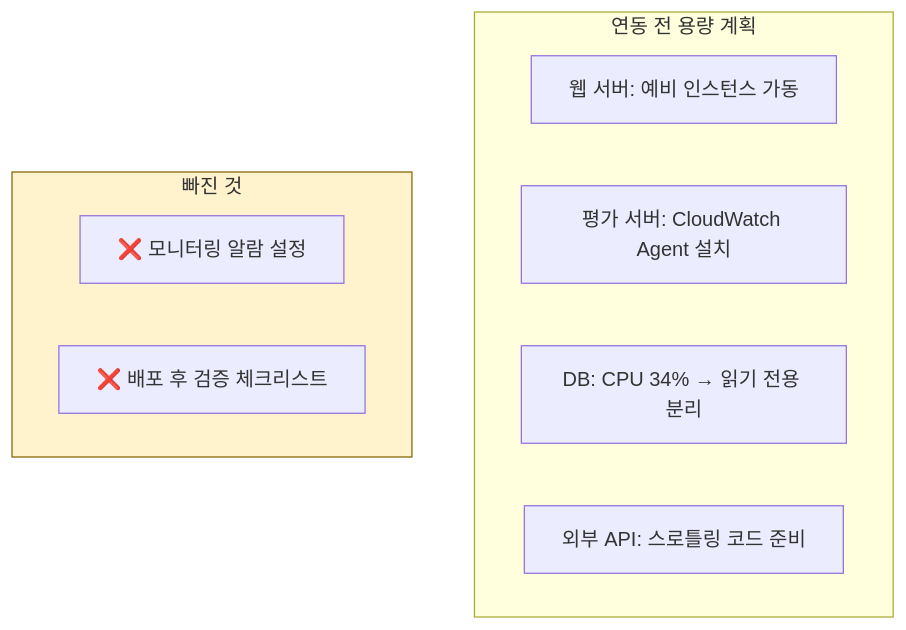
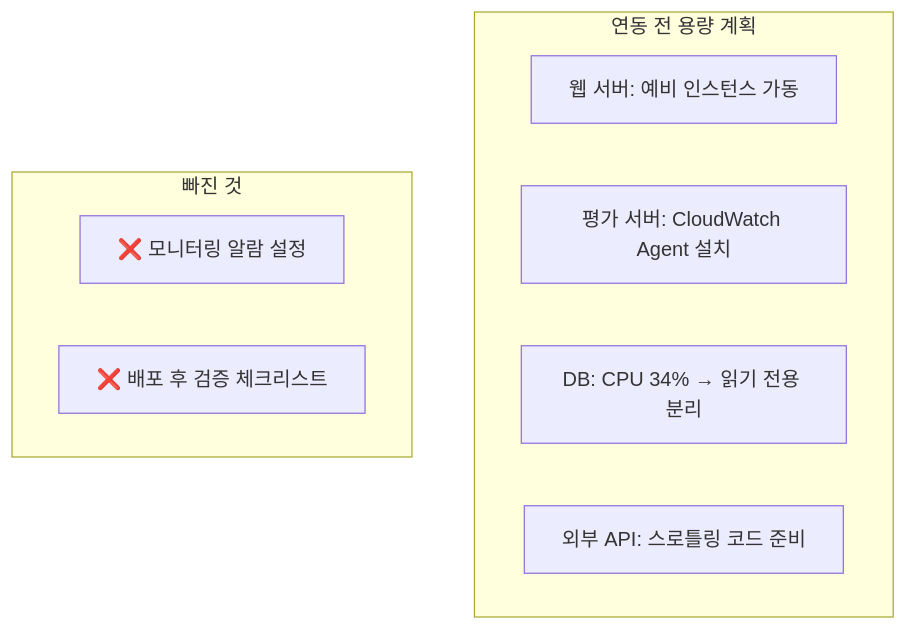
One commit to Gyubster/til changed the third of 5 diagrams in _posts/2025-11-10-토스-연동-장애-포스트모템-66시간-장애에서-배운-것.md. Above: the diagram before and after it, drawn with Mermaid. The commit also changed other lines of this file and 13 other files, not shown here.

Commit message:
Mermaid 렌더링 수정: subgraph style 명령 제거

````diff
--- a/_posts/2025-11-10-토스-연동-장애-포스트모템-66시간-장애에서-배운-것.md
+++ b/_posts/2025-11-10-토스-연동-장애-포스트모템-66시간-장애에서-배운-것.md
@@ -110,14 +109,13 @@
 ```mermaid
 flowchart TD
     subgraph plan["연동 전 용량 계획"]
         A["웹 서버: 예비 인스턴스 가동"] 
         B["평가 서버: CloudWatch Agent 설치"]
         C["DB: CPU 34% → 읽기 전용 분리"]
         D["외부 API: 스로틀링 코드 준비"]
     end
     subgraph miss["빠진 것"]
         E["❌ 모니터링 알람 설정"]
         F["❌ 배포 후 검증 체크리스트"]
     end
-    style miss fill:#fff3cd,stroke:#856404
 ```
````
